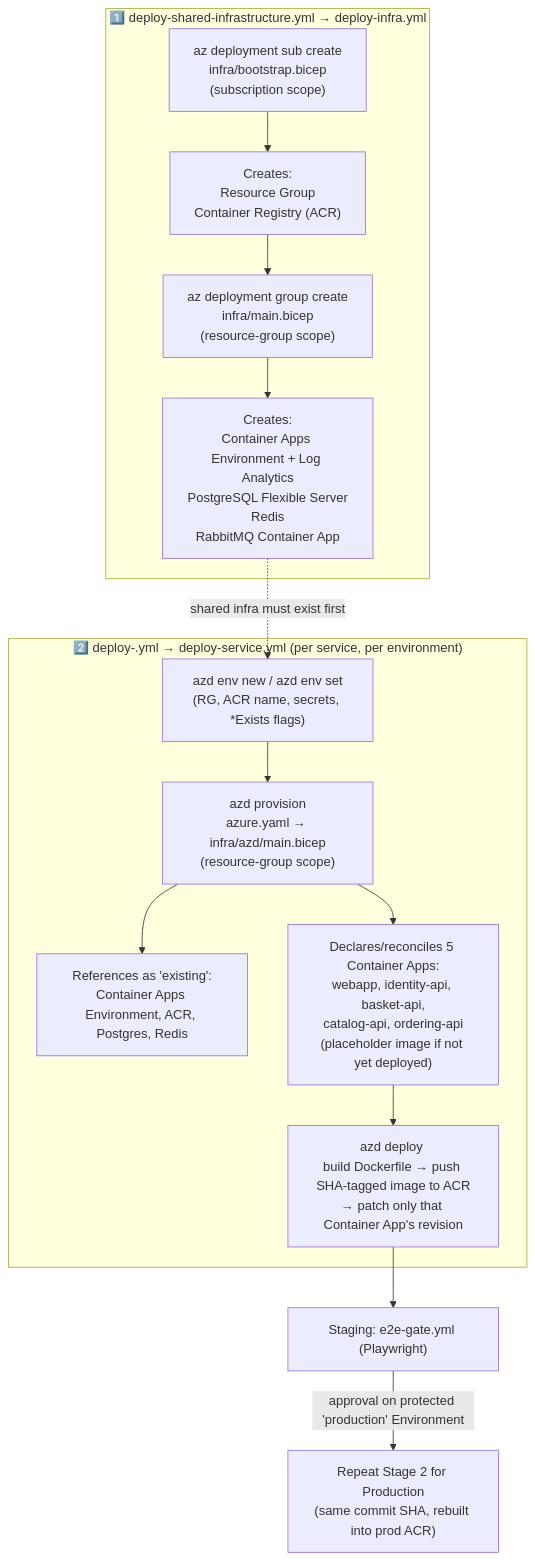
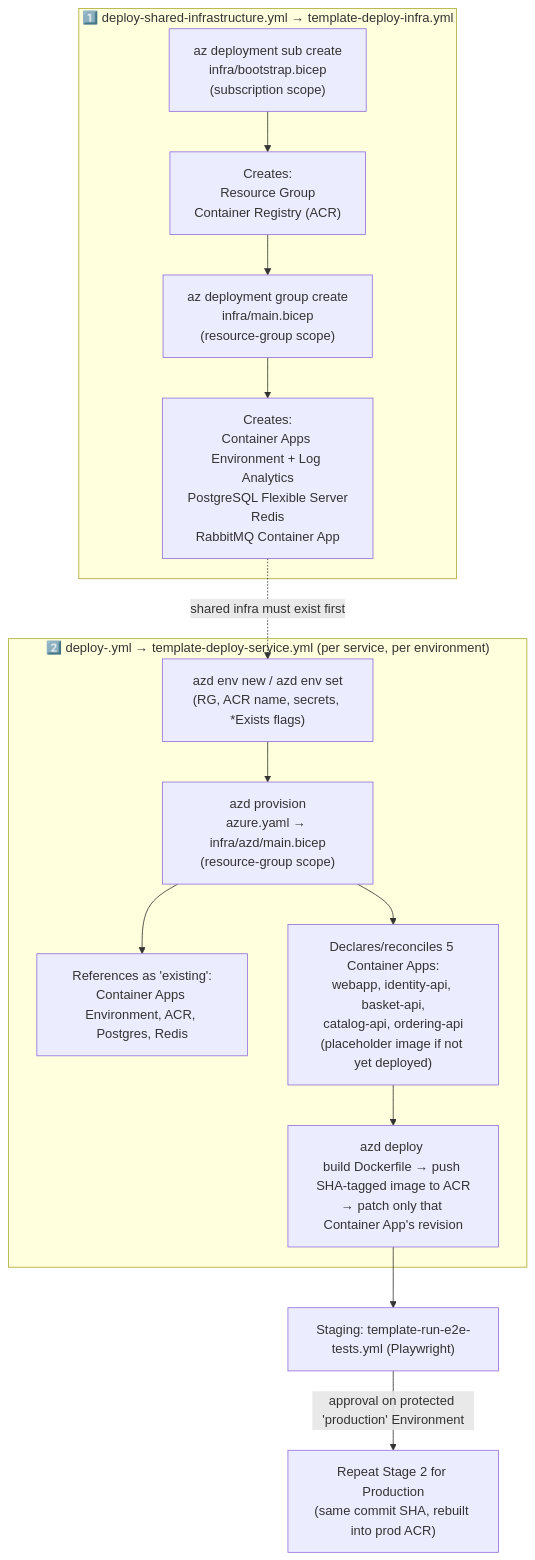
Before and after one commit to Xebia-Xpirit-Assessments/assessment-joostvoskuil: the diagram in infra/README.md, drawn with Mermaid. The commit also changed other lines of this file and 12 other files, not shown here.

````diff
--- a/infra/README.md
+++ b/infra/README.md
@@ -90,19 +90,19 @@
 ```mermaid
 flowchart TD
-    subgraph Stage1["1️⃣ deploy-shared-infrastructure.yml → deploy-infra.yml"]
+    subgraph Stage1["1️⃣ deploy-shared-infrastructure.yml → template-deploy-infra.yml"]
         A["az deployment sub create\ninfra/bootstrap.bicep\n(subscription scope)"] --> A1["Creates:\nResource Group\nContainer Registry (ACR)"]
         A1 --> B["az deployment group create\ninfra/main.bicep\n(resource-group scope)"]
         B --> B1["Creates:\nContainer Apps Environment + Log Analytics\nPostgreSQL Flexible Server\nRedis\nRabbitMQ Container App"]
     end
 
-    subgraph Stage2["2️⃣ deploy-<service>.yml → deploy-service.yml (per service, per environment)"]
+    subgraph Stage2["2️⃣ deploy-<service>.yml → template-deploy-service.yml (per service, per environment)"]
         C["azd env new / azd env set\n(RG, ACR name, secrets, *Exists flags)"] --> D["azd provision\nazure.yaml → infra/azd/main.bicep\n(resource-group scope)"]
         D --> D1["References as 'existing':\nContainer Apps Environment, ACR, Postgres, Redis"]
         D --> D2["Declares/reconciles 5 Container Apps:\nwebapp, identity-api, basket-api,\ncatalog-api, ordering-api\n(placeholder image if not yet deployed)"]
         D2 --> E["azd deploy <service>\nbuild Dockerfile → push SHA-tagged image to ACR\n→ patch only that Container App's revision"]
     end
 
     B1 -.->|"shared infra must exist first"| C
-    E --> F["Staging: e2e-gate.yml (Playwright)"]
+    E --> F["Staging: template-run-e2e-tests.yml (Playwright)"]
     F -->|"approval on protected 'production' Environment"| C2["Repeat Stage 2 for Production\n(same commit SHA, rebuilt into prod ACR)"]
 ```
````
